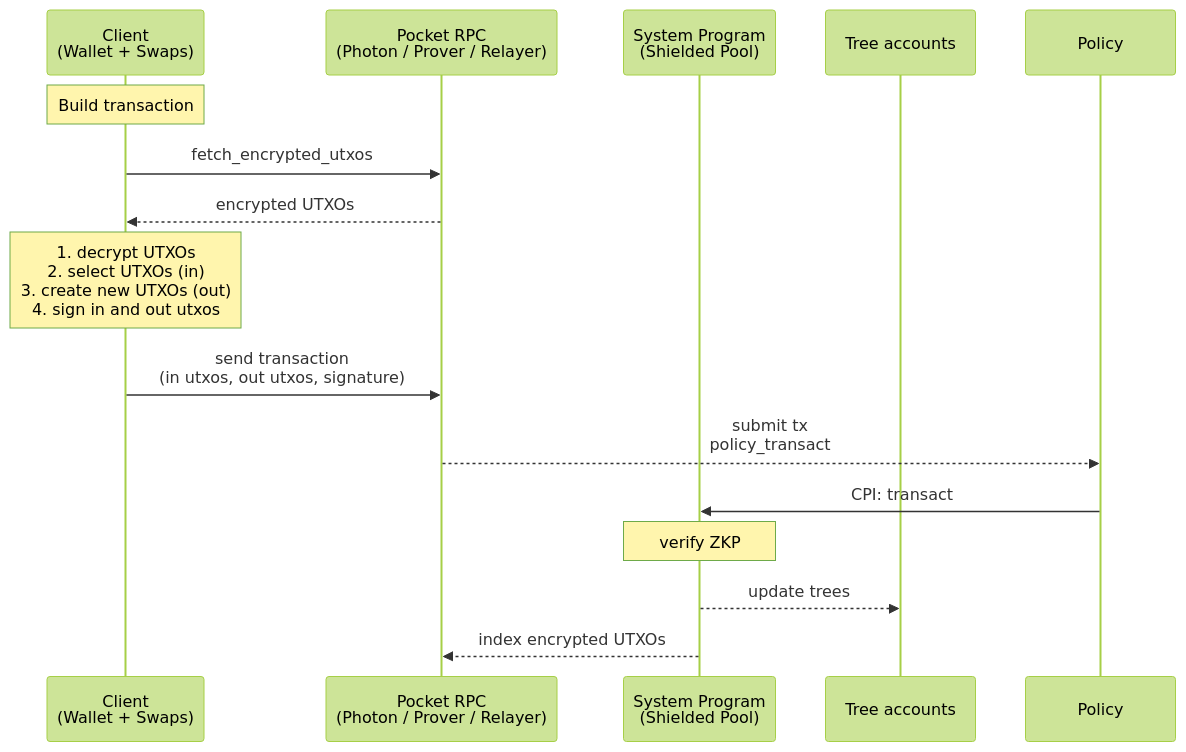
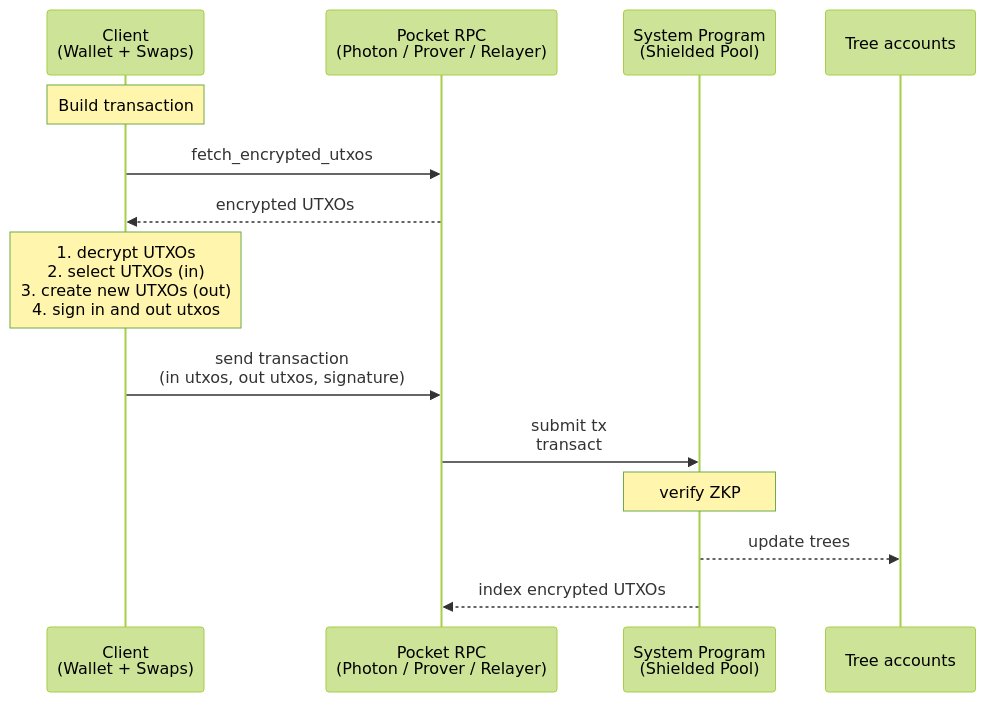
One commit to helius-labs/zolana changed the third of 8 diagrams in docs/spec.md. Above: the diagram before and after it, drawn with Mermaid (forest theme). The commit also changed other lines of this file and 7 other files, not shown here.

Commit message:
feat: add architecture diagram

````diff
--- a/docs/spec.md
+++ b/docs/spec.md
@@ -450,19 +402,18 @@
 ```mermaid
 sequenceDiagram
     participant Client as Client<br>(Wallet + Swaps)
     participant PocketRPC as Pocket RPC<br>(Photon / Prover / Relayer)
     participant System as System Program<br>(Shielded Pool)
     participant Trees as Tree accounts
 
     Note over Client: Build transaction
     Client->>PocketRPC: fetch_encrypted_utxos
     PocketRPC-->>Client: encrypted UTXOs
     Note over Client: 1. decrypt UTXOs <br> 2. select UTXOs (in) <br> 3. create new UTXOs (out) <br> 4. sign in and out utxos
-	  Client->>PocketRPC: send transaction <br>(in utxos, out utxos, signature)
-    PocketRPC-->>Policy: submit tx<br>policy_transact
-    Policy->>System: CPI: transact
+    Client->>PocketRPC: send transaction <br>(in utxos, out utxos, signature)
+    PocketRPC->>System: submit tx<br>transact
 
     Note over System: verify ZKP
     System-->>Trees: update trees
     System-->>PocketRPC: index encrypted UTXOs
 ```
````
